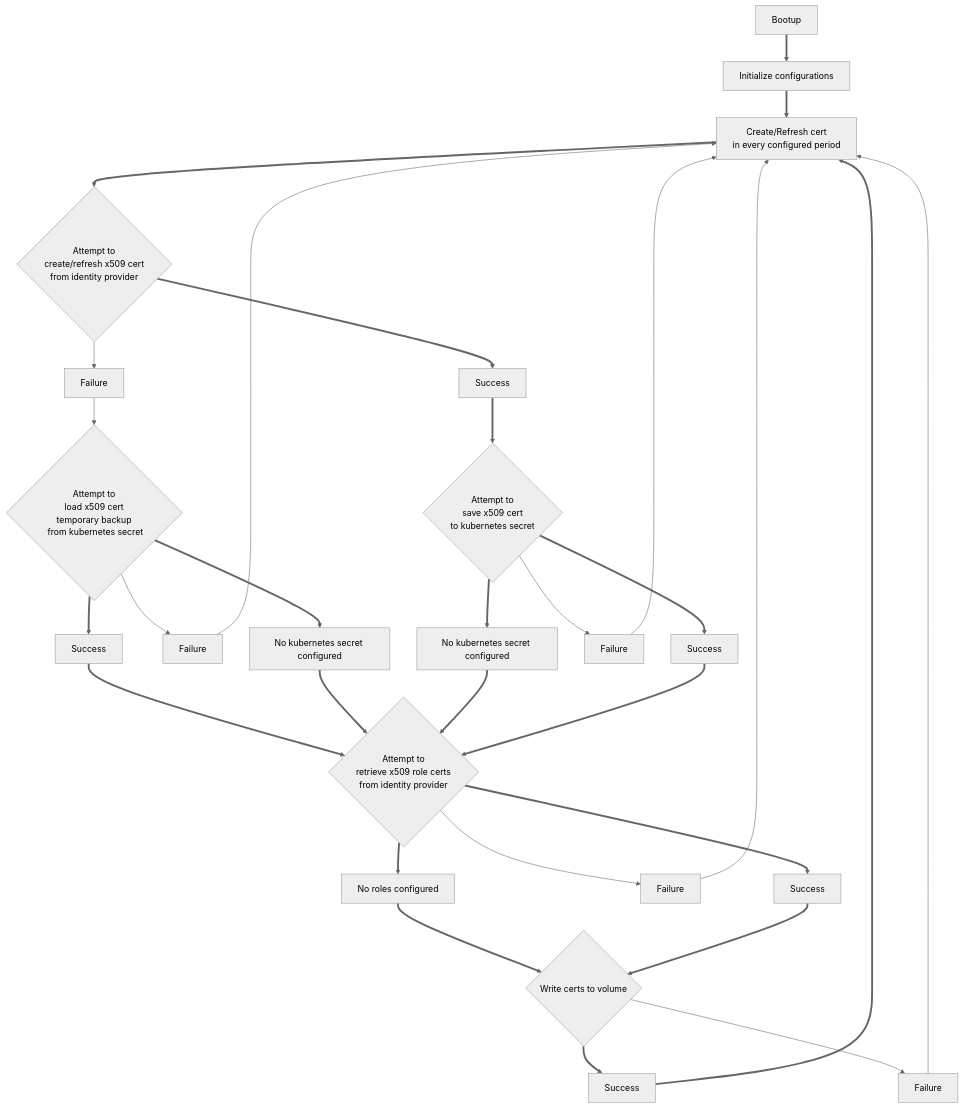
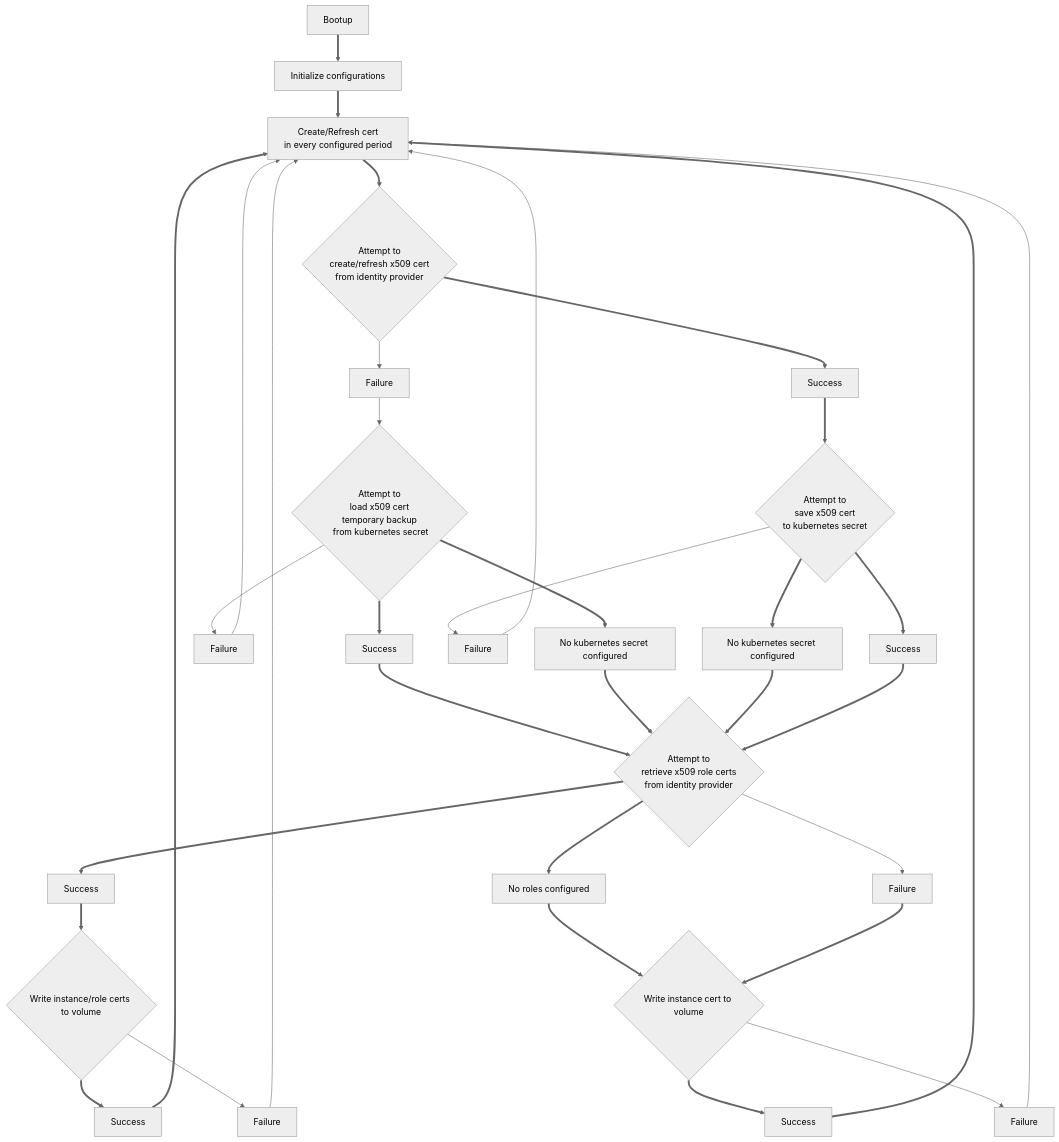
Before and after one commit to AthenZ/k8s-athenz-sia: the diagram in README.md, drawn with Mermaid (neutral theme).

````diff
--- a/README.md
+++ b/README.md
@@ -5,32 +5,36 @@
 ```mermaid
   graph TD;
       A[Bootup]==>B[Initialize configurations];
       B==>C[Create/Refresh cert<br/> in every configured period];
       C==>D{Attempt to<br/> create/refresh x509 cert<br/> from identity provider};
       D==>E[Success];
       D-->E'[Failure];
       E'-->F{Attempt to<br/> load x509 cert temporary backup<br/> from kubernetes secret}
       F==>G[Success];
       G==>J
       F-->G'[Failure];
       G'-->C
       F==>G''[No kubernetes secret configured];
       G''==>J
       E==>H{Attempt to<br/> save x509 cert<br/> to kubernetes secret};
       H==>I[Success];
       H-->I'[Failure];
       I'-->C
       H==>I''[No kubernetes secret configured];
       I''==>J
       I==>J{Attempt to<br/> retrieve x509 role certs<br/> from identity provider};
       J==>K[Success];
       J-->K'[Failure];
-      K'-->C
       J==>K''[No roles configured];
-      K''==>L
-      K==>L{Write certs to volume}
+      K''==>N
+      K==>L{Write instance/role certs to volume}
       L==>M[Success];
       L-->M'[Failure];
       M'-->C
       M==>C
+      K'==>N{Write instance cert to volume}
+      N==>O[Success];
+      N-->O'[Failure];
+      O'-->C
+      O==>C
 ```
````
